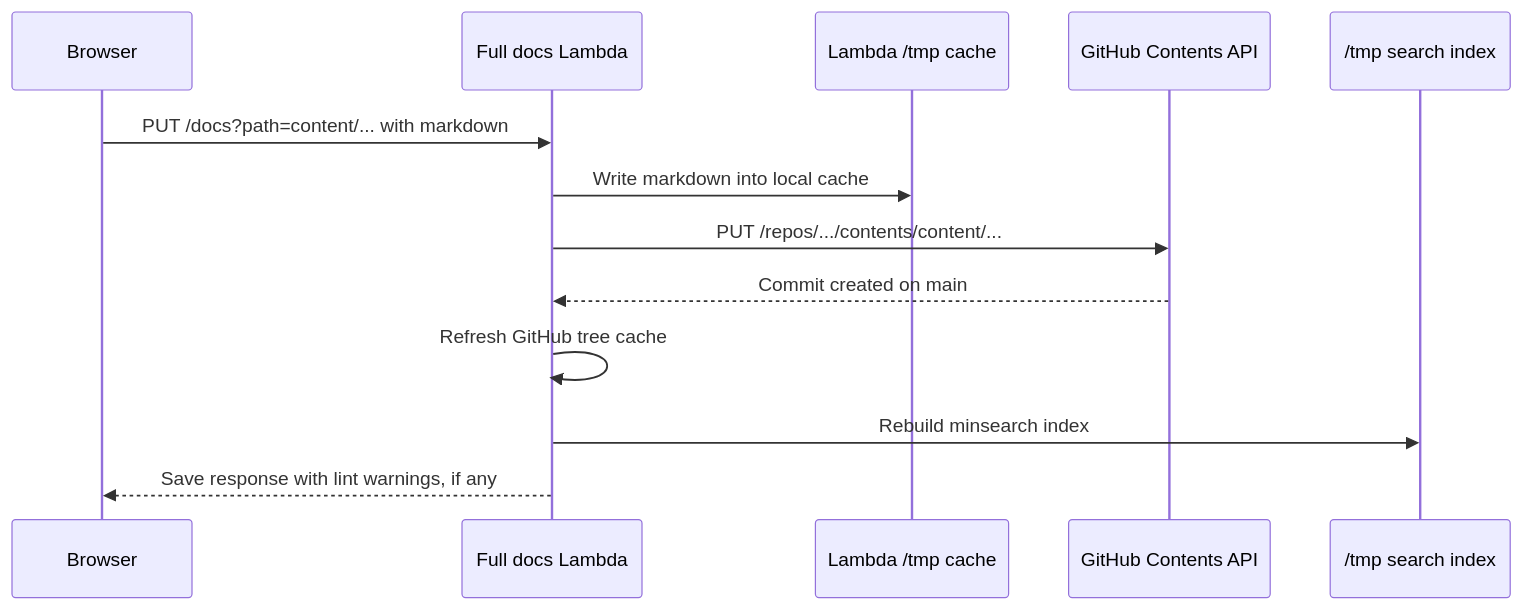
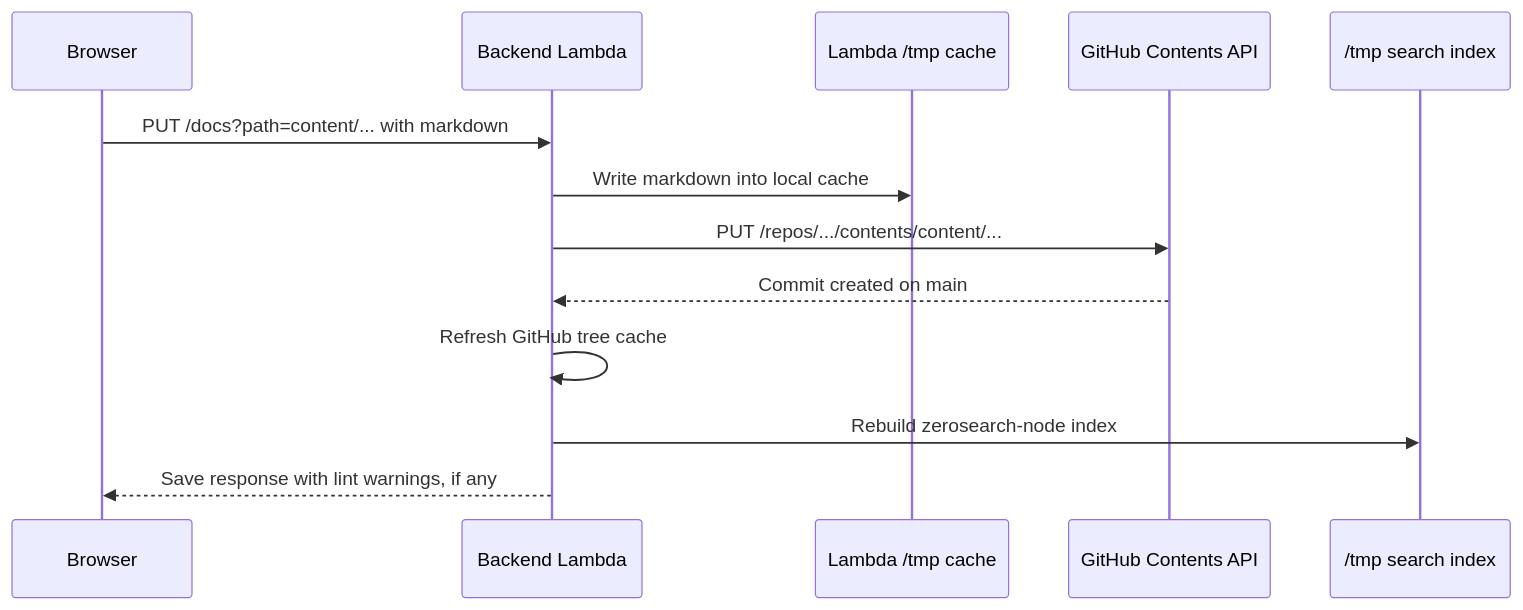
The second of 6 diagrams in docs/architecture.md (DataTalksClub/dataops), drawn with Mermaid before and after one commit. The commit also changed other lines of this file and 294 other files, not shown here.

````diff
--- a/docs/architecture.md
+++ b/docs/architecture.md
@@ -68,16 +69,16 @@
 ```mermaid
 sequenceDiagram
   participant U as Browser
-  participant L as Full docs Lambda
+  participant L as Backend Lambda
   participant T as Lambda /tmp cache
   participant G as GitHub Contents API
   participant I as /tmp search index
 
   U->>L: PUT /docs?path=content/... with markdown
   L->>T: Write markdown into local cache
   L->>G: PUT /repos/.../contents/content/...
   G-->>L: Commit created on main
   L->>L: Refresh GitHub tree cache
-  L->>I: Rebuild minsearch index
+  L->>I: Rebuild zerosearch-node index
   L-->>U: Save response with lint warnings, if any
 ```
````
